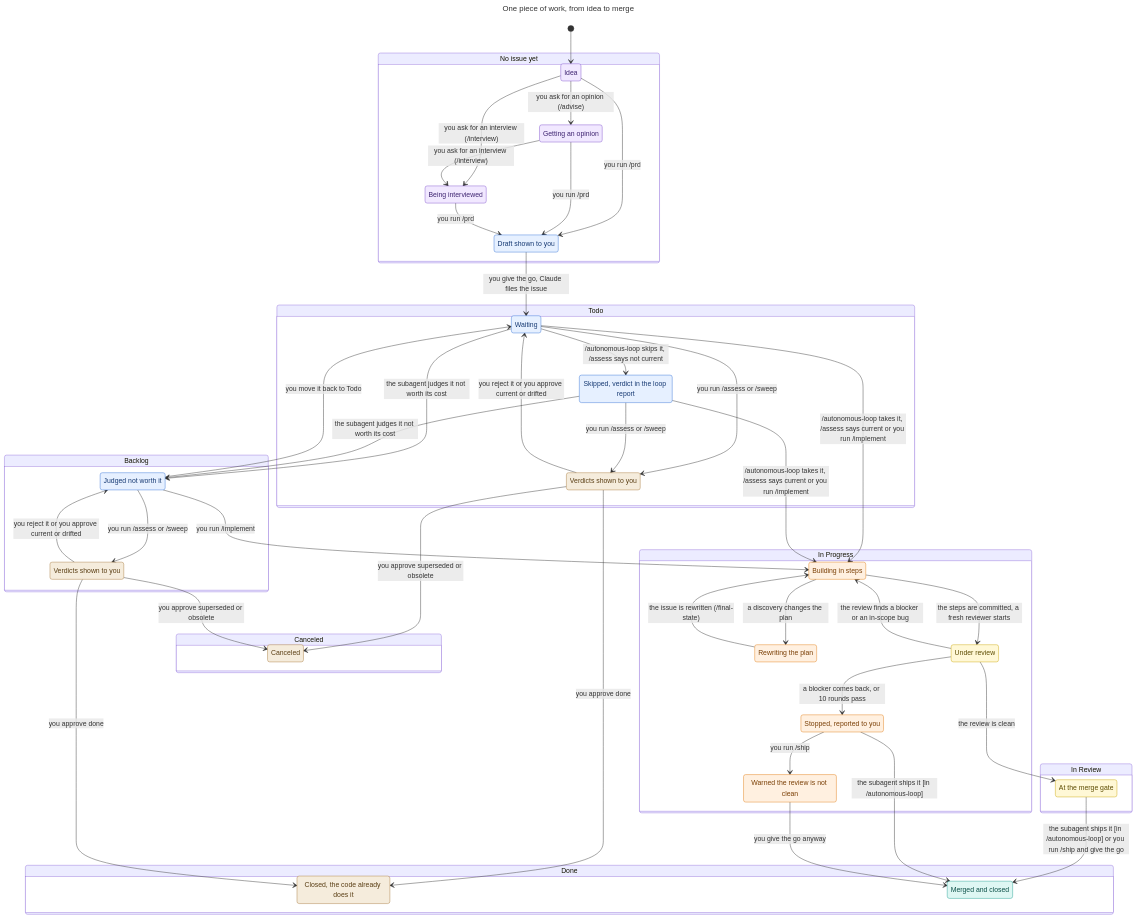
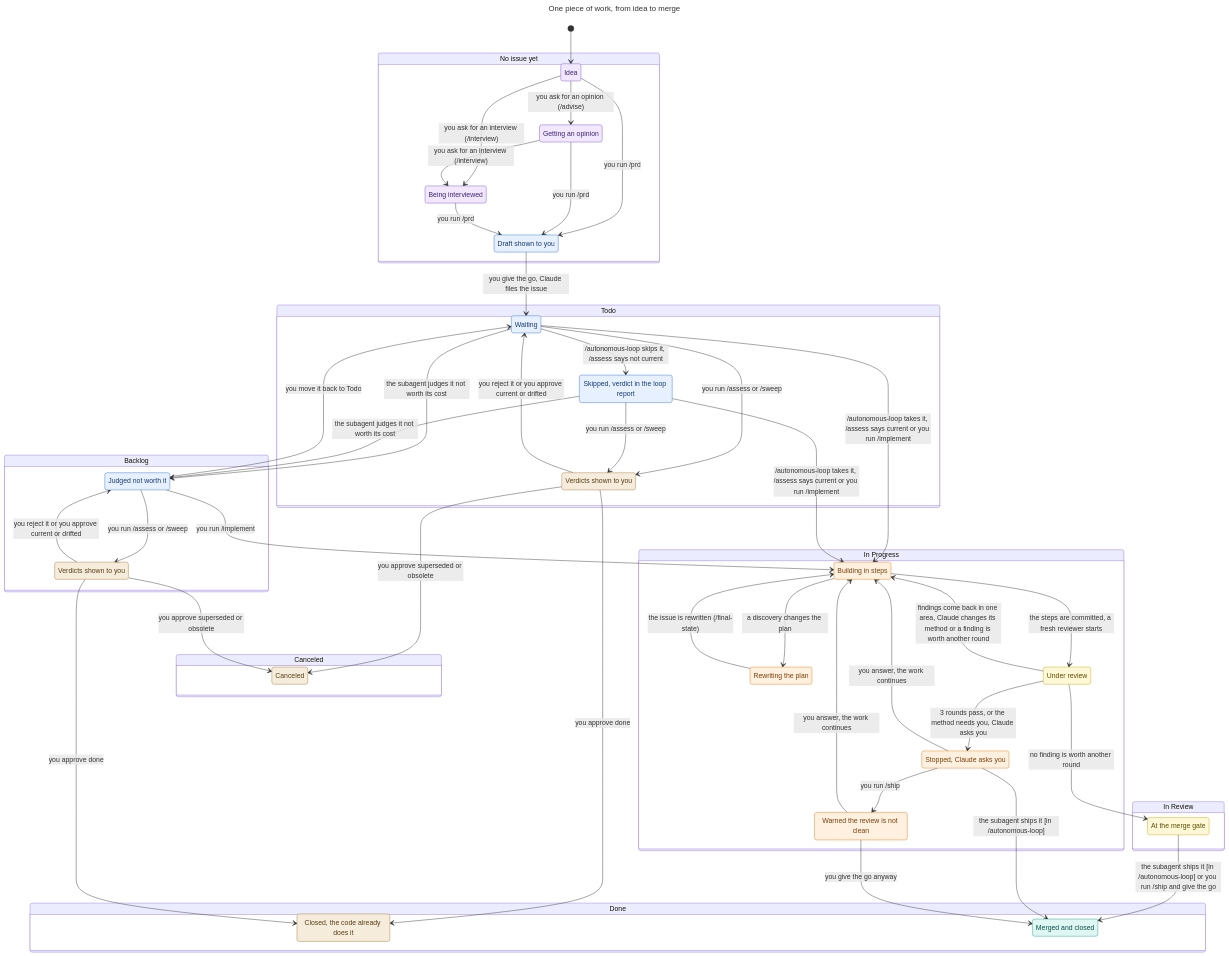
One commit to felipeam86/pipe-skills changed the second of 2 diagrams in README.md. Above: the diagram before and after it, drawn with Mermaid. The commit also changed other lines of this file and 6 other files, not shown here.

First line of the commit message:
GH-10: Make the flow converge on a change that is well specified, well built, and reviewed for what matters (#11)

```diff
--- a/README.md
+++ b/README.md
@@ -133,7 +134,7 @@
     s10: Building in steps
     s11: Rewriting the plan
     s12: Under review
-    s13: Stopped, reported to you
+    s13: Stopped, Claude asks you
     s14: Warned the review is not clean
   }
   state "Backlog" as s15 {
@@ -174,22 +175,24 @@
   s8 --> s19: you approve superseded or obsolete
   s8 --> s21: you approve done
   s11 --> s10: the issue is rewritten (/final-state)
-  s12 --> s10: the review finds a blocker or an in-scope bug
-  s12 --> s24: the review is clean
-  s12 --> s13: a blocker comes back, or 10 rounds pass
+  s12 --> s10: findings come back in one area, Claude changes its method or a finding is worth another round
+  s12 --> s24: no finding is worth another round
+  s12 --> s13: 3 rounds pass, or the method needs you, Claude asks you
   s17 --> s16: you reject it or you approve current or drifted
   s17 --> s19: you approve superseded or obsolete
   s17 --> s21: you approve done
   s24 --> s22: the subagent ships it [in /autonomous-loop] or you run /ship and give the go
   s13 --> s22: the subagent ships it [in /autonomous-loop]
+  s13 --> s10: you answer, the work continues
   s13 --> s14: you run /ship
+  s14 --> s10: you answer, the work continues
   s14 --> s22: you give the go anyway
   classDef purple fill:#f1e8ff,stroke:#7c4dcc,color:#3d2370
   classDef blue fill:#e6f0ff,stroke:#2f6fd6,color:#173a73
+  classDef tan fill:#f5ecdc,stroke:#a6793a,color:#5a3e14
   classDef orange fill:#fff0e0,stroke:#e07a10,color:#7a3f05
   classDef yellow fill:#fff8d6,stroke:#c9a400,color:#5c4b00
   classDef teal fill:#def7f3,stroke:#1a9e8f,color:#0b4f47
-  classDef tan fill:#f5ecdc,stroke:#a6793a,color:#5a3e14
   class s1 purple
   class s2 purple
   class s3 blue
```
